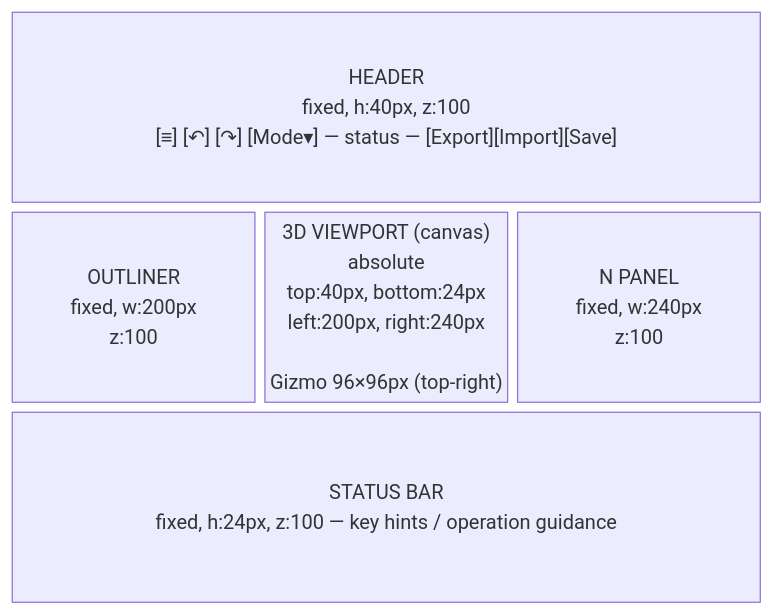
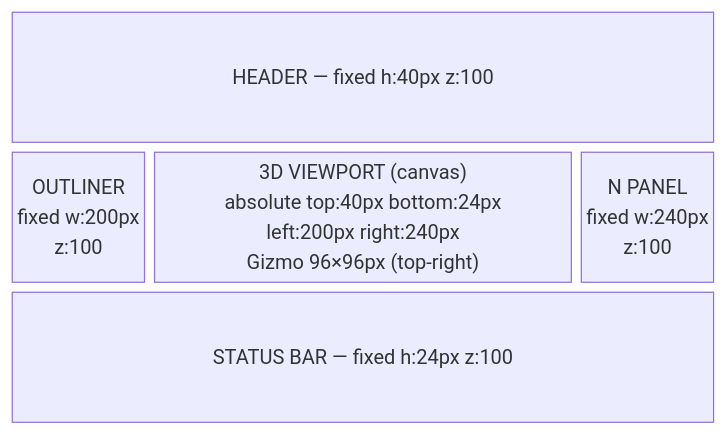
Before and after one commit to yuubae215/easy-extrude: the first of 2 diagrams in docs/LAYOUT_DESIGN.md, drawn with Mermaid. The commit also changed 1 other file, not shown here.

Commit message:
docs: adjust Mermaid block diagram proportions (columns 3 → 5, viewport 3/5 width)
Use 1:3:1 column ratio so the center viewport block is visually dominant,
matching the actual desktop layout where the canvas is the widest area.

https://claude.ai/code/session_01YFkNkmXh91b7LVbwHSxpdV

````diff
--- a/docs/LAYOUT_DESIGN.md
+++ b/docs/LAYOUT_DESIGN.md
@@ -27,7 +27,7 @@
 ```mermaid
 block-beta
-  columns 3
-  header["HEADER\nfixed, h:40px, z:100\n[≡] [↶] [↷] [Mode▾] — status — [Export][Import][Save]"]:3
-  outliner["OUTLINER\nfixed, w:200px\nz:100"] viewport["3D VIEWPORT (canvas)\nabsolute\ntop:40px, bottom:24px\nleft:200px, right:240px\n\nGizmo 96×96px (top-right)"] npanel["N PANEL\nfixed, w:240px\nz:100"]
-  statusbar["STATUS BAR\nfixed, h:24px, z:100 — key hints / operation guidance"]:3
+  columns 5
+  header["HEADER — fixed h:40px z:100"]:5
+  outliner["OUTLINER\nfixed w:200px\nz:100"] viewport["3D VIEWPORT (canvas)\nabsolute top:40px bottom:24px\nleft:200px right:240px\nGizmo 96×96px (top-right)"]:3 npanel["N PANEL\nfixed w:240px\nz:100"]
+  statusbar["STATUS BAR — fixed h:24px z:100"]:5
 ```
````
